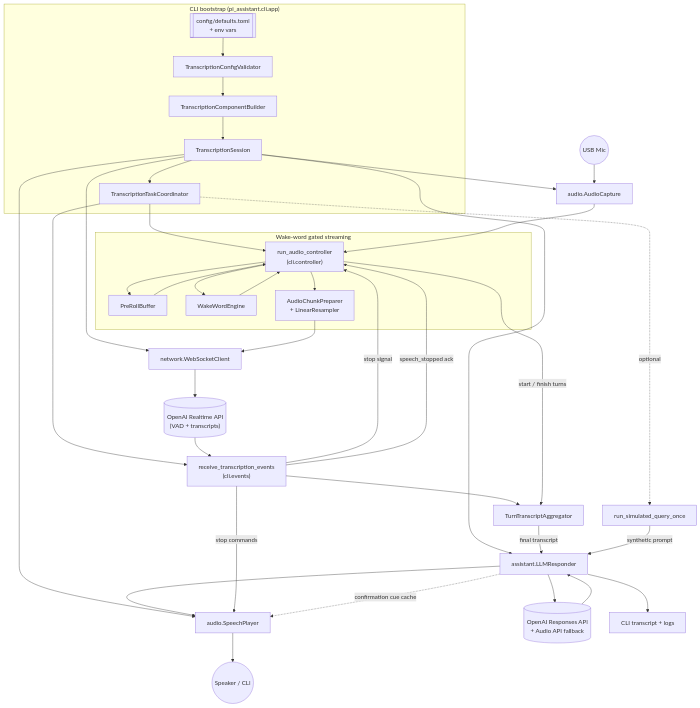
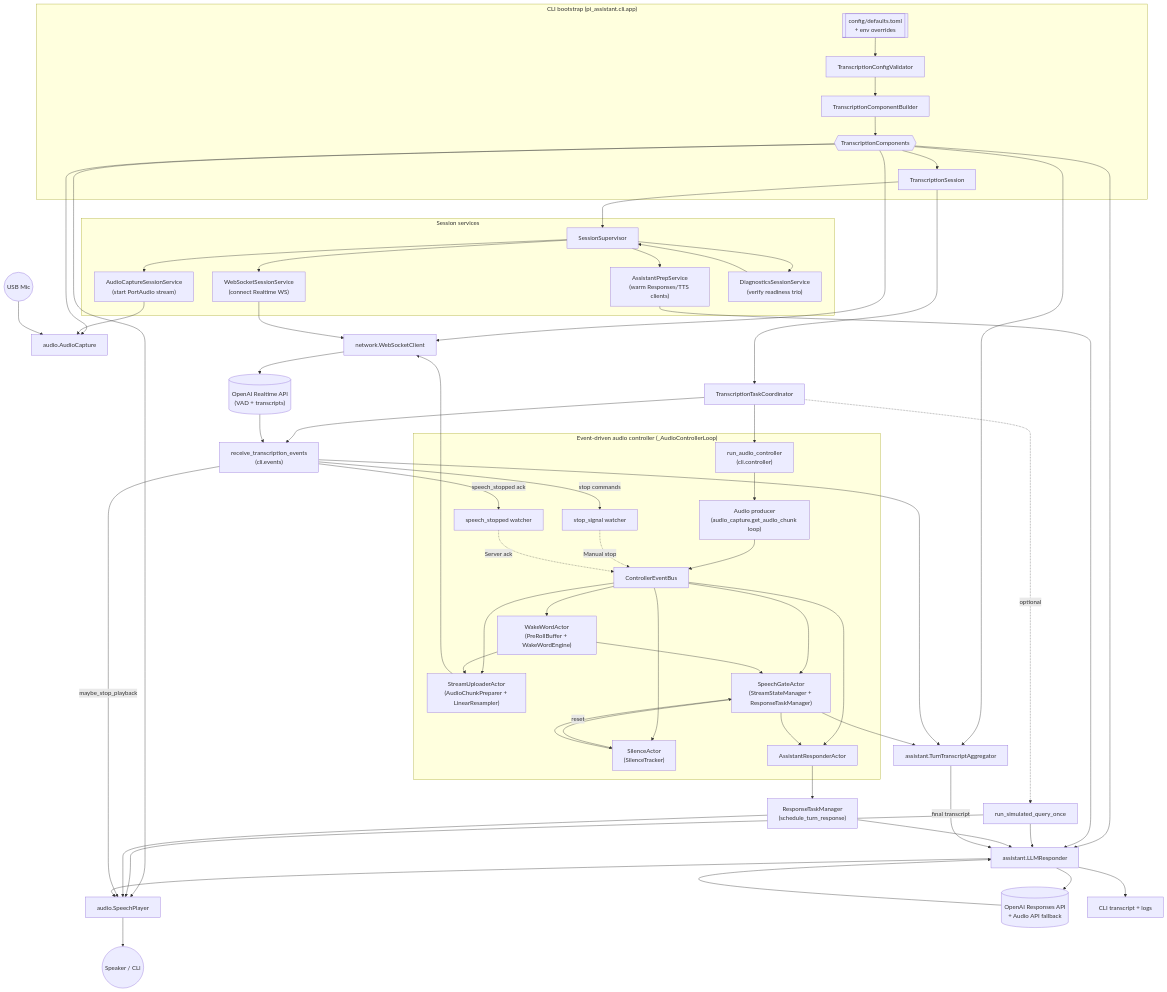
Before and after one commit to diegopetrucci/pi-assistant: the diagram in docs/architecture.mermaid, drawn with Mermaid. The commit also changed 14 other files, not shown here.

Commit message:
Break down `TranscriptionSession` into services managed by a supervisor (#50)

```diff
--- a/docs/architecture.mermaid
+++ b/docs/architecture.mermaid
@@ -1,48 +1,73 @@
 flowchart TB
     subgraph Launch["CLI bootstrap (pi_assistant.cli.app)"]
-        Config[["config/defaults.toml\n+ env vars"]] --> Validator["TranscriptionConfigValidator"]
+        Config[["config/defaults.toml\n+ env overrides"]] --> Validator["TranscriptionConfigValidator"]
         Validator --> Builder["TranscriptionComponentBuilder"]
-        Builder --> Session["TranscriptionSession"]
-        Session --> Coordinator["TranscriptionTaskCoordinator"]
+        Builder --> Components{{"TranscriptionComponents"}}
+        Components --> Session["TranscriptionSession"]
     end
 
-    Session --> AudioCap["audio.AudioCapture"]
-    Session --> WSClient["network.WebSocketClient"]
-    Session --> Assistant["assistant.LLMResponder"]
-    Session --> Speech["audio.SpeechPlayer"]
+    Components --> AudioCap["audio.AudioCapture"]
+    Components --> WSClient["network.WebSocketClient"]
+    Components --> Buffer["assistant.TurnTranscriptAggregator"]
+    Components --> Assistant["assistant.LLMResponder"]
+    Components --> Speech["audio.SpeechPlayer"]
 
+    Session --> Supervisor["SessionSupervisor"]
+    subgraph Services["Session services"]
+        Supervisor --> AssistantPrep["AssistantPrepService\n(warm Responses/TTS clients)"]
+        Supervisor --> WebSocketSvc["WebSocketSessionService\n(connect Realtime WS)"]
+        Supervisor --> AudioSvc["AudioCaptureSessionService\n(start PortAudio stream)"]
+        Supervisor --> Diagnostics["DiagnosticsSessionService\n(verify readiness trio)"]
+    end
+    AssistantPrep --> Assistant
+    WebSocketSvc --> WSClient
+    AudioSvc --> AudioCap
+    Diagnostics --> Supervisor
+
+    Session --> Coordinator["TranscriptionTaskCoordinator"]
     Coordinator --> AudioCtrl["run_audio_controller\n(cli.controller)"]
     Coordinator --> EventRx["receive_transcription_events\n(cli.events)"]
     Coordinator -. optional .-> SimQuery["run_simulated_query_once"]
 
-    Mic((USB Mic)) --> AudioCap
-    AudioCap --> AudioCtrl
+    SimQuery --> Assistant
+    SimQuery --> Speech
 
-    subgraph Streaming["Wake-word gated streaming"]
-        AudioCtrl --> PreRoll["PreRollBuffer"]
-        PreRoll --> AudioCtrl
-        AudioCtrl --> WakeWord["WakeWordEngine"]
-        WakeWord --> AudioCtrl
-        AudioCtrl --> ChunkPrep["AudioChunkPreparer\n+ LinearResampler"]
+    subgraph AudioController["Event-driven audio controller (_AudioControllerLoop)"]
+        AudioCtrl --> Producer["Audio producer\n(audio_capture.get_audio_chunk loop)"]
+        Producer --> EventBus["ControllerEventBus"]
+        StopWatcher["stop_signal watcher"] -. "Manual stop" .-> EventBus
+        ServerStopWatcher["speech_stopped watcher"] -. "Server ack" .-> EventBus
+
+        EventBus --> WakeActor["WakeWordActor\n(PreRollBuffer + WakeWordEngine)"]
+        EventBus --> SilenceActor["SilenceActor\n(SilenceTracker)"]
+        EventBus --> StreamUploader["StreamUploaderActor\n(AudioChunkPreparer + LinearResampler)"]
+        EventBus --> Gate["SpeechGateActor\n(StreamStateManager + ResponseTaskManager)"]
+        EventBus --> Responder["AssistantResponderActor"]
     end
 
-    ChunkPrep --> WSClient
+    Mic((USB Mic)) --> AudioCap
+    WakeActor --> StreamUploader
+    WakeActor --> Gate
+    SilenceActor --> Gate
+    Gate --> Responder
+    Gate --> Buffer
+    Gate -->|"reset"| SilenceActor
+    Responder --> RespTasks["ResponseTaskManager\n(schedule_turn_response)"]
+    RespTasks --> Assistant
+    RespTasks --> Speech
+
+    StreamUploader --> WSClient
     WSClient --> Realtime[("OpenAI Realtime API\n(VAD + transcripts)")]
+    Realtime --> EventRx
+    EventRx --> Buffer
+    EventRx -- "stop commands" --> StopWatcher
+    EventRx -- "speech_stopped ack" --> ServerStopWatcher
+    EventRx -->|"maybe_stop_playback"| Speech
 
-    Realtime --> EventRx
-    EventRx --> Buffer["TurnTranscriptAggregator"]
-    AudioCtrl -->|"start / finish turns"| Buffer
     Buffer -->|"final transcript"| Assistant
-    SimQuery -->|"synthetic prompt"| Assistant
-
     Assistant --> ResponsesAPI[("OpenAI Responses API\n+ Audio API fallback")]
     ResponsesAPI --> Assistant
 
     Assistant --> Speech
     Speech --> User((Speaker / CLI))
     Assistant --> Console["CLI transcript + logs"]
-
-    EventRx -- "stop commands" --> Speech
-    EventRx -- "stop signal" --> AudioCtrl
-    EventRx -- "speech_stopped ack" --> AudioCtrl
-    Assistant -. "confirmation cue cache" .-> Speech
```
